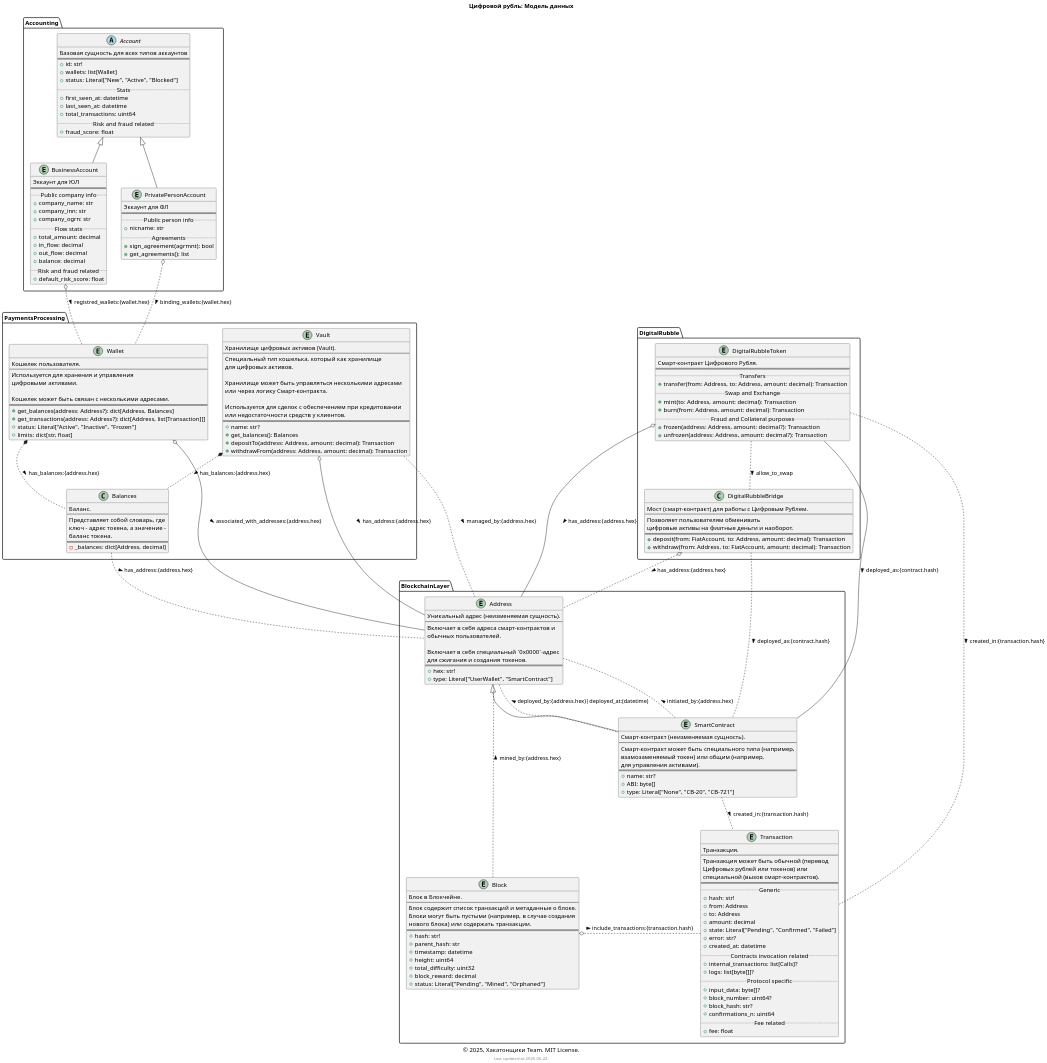
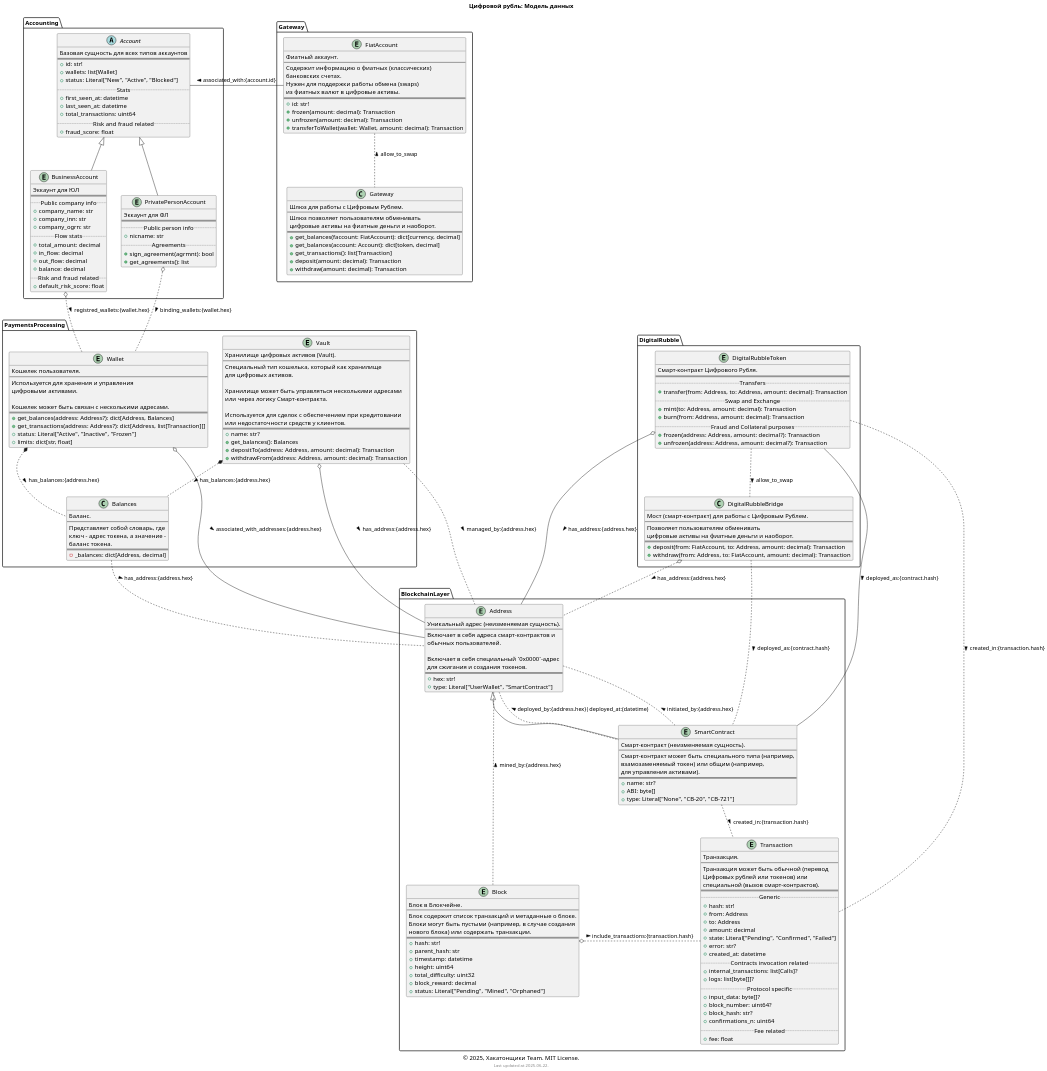
One commit to codez0mb1e/cbdc-architecture changed the diagram in data_model.wsd. Above: the diagram before and after it, drawn with PlantUML. The commit also changed 1 other file, not shown here.

Commit message:
Add FiatAccount entity and Gateway class for fiat and digital asset exchange

```diff
--- a/data_model.wsd
+++ b/data_model.wsd
@@ -215,5 +215,37 @@
     DigitalRubbleBridge o.. Address : > has_address:{address.hex}
     DigitalRubbleBridge .. SmartContract : > deployed_as:{contract.hash}
     DigitalRubbleBridge .up. DigitalRubbleToken : < allow_to_swap
+}
+
+namespace Gateway {
+    entity FiatAccount {
+        Фиатный аккаунт.
+        --
+        Содержит информацию о фиатных (классических)
+        банковских счетах.
+        Нужен для поддержки работы обмена (swaps) 
+        из фиатных валют в цифровые активы.
+        ==
+        +id: str!
+        +frozen(amount: decimal): Transaction
+        +unfrozen(amount: decimal): Transaction
+        +transferToWallet(wallet: Wallet, amount: decimal): Transaction
+    }
+    FiatAccount -l- Account : > associated_with:{account.id}
+
+    class Gateway {
+        Шлюз для работы с Цифровым Рублем.
+        --
+        Шлюз позволяет пользователям обменивать 
+        цифровые активы на фиатные деньги и наоборот.
+        ==
+        +get_balances(faccount: FiatAccount): dict[currency, decimal]
+        +get_balances(account: Account): dict[token, decimal]
+        +get_transactions(): list[Transaction]
+        +deposit(amount: decimal): Transaction
+        +withdraw(amount: decimal): Transaction
+    }
+    Gateway .u. FiatAccount : > allow_to_swap
+}
 
 @enduml
```
